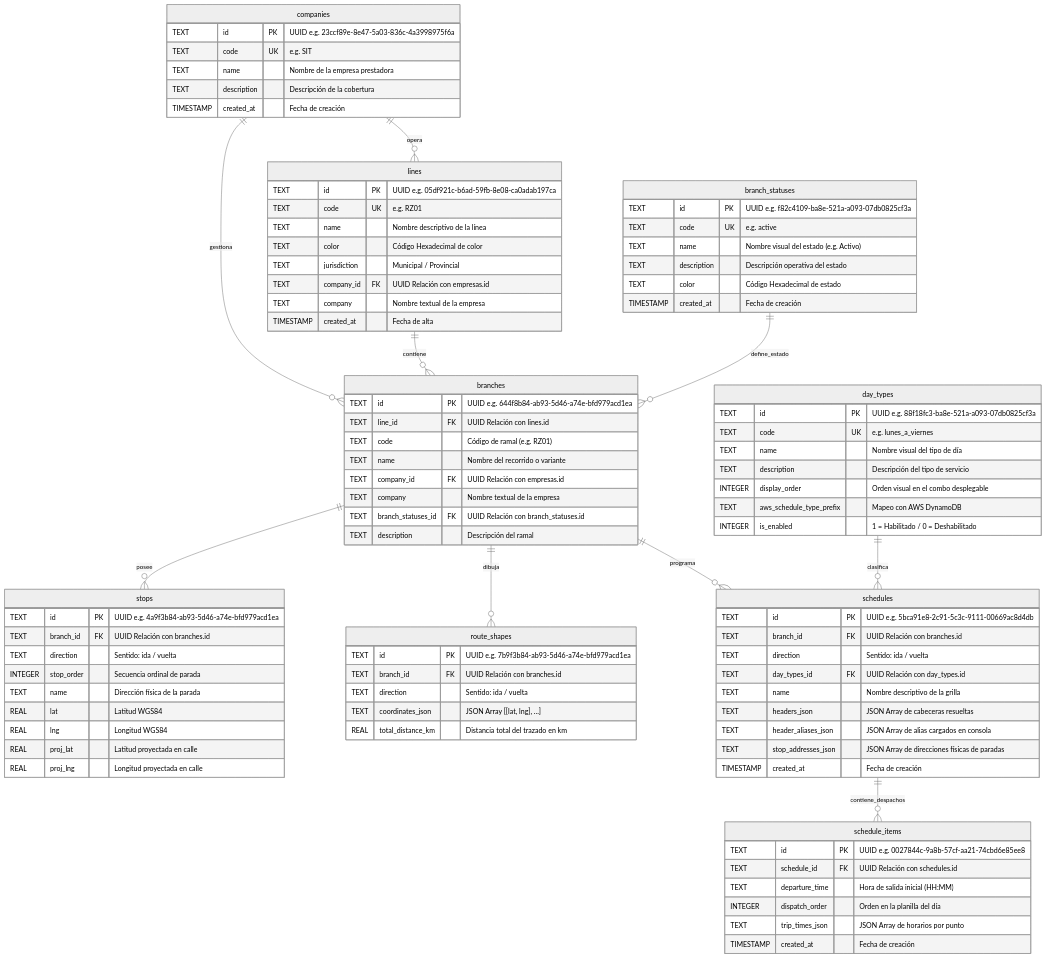
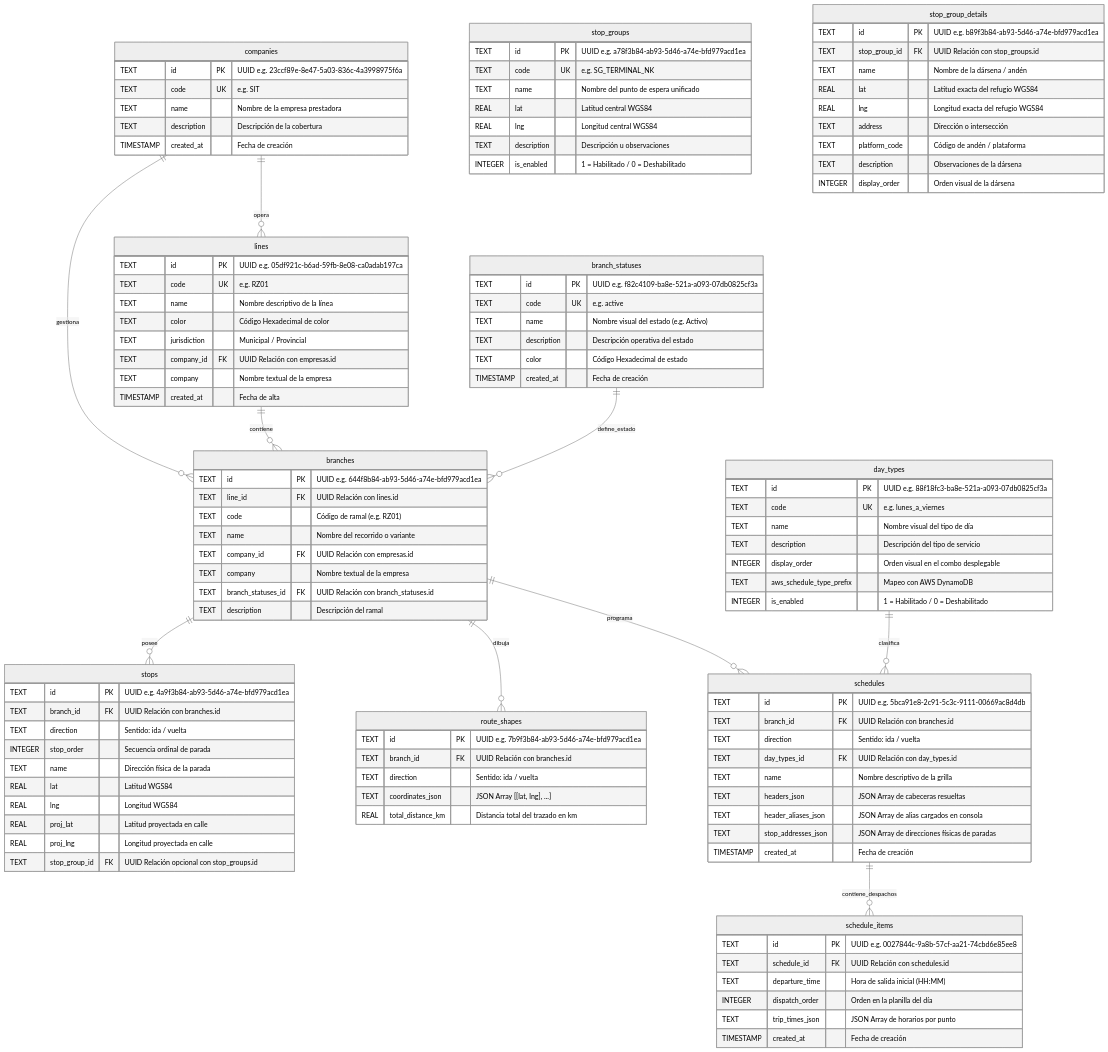
Before and after one commit to CollieHub/collie-mobility-transit-webpage-app-docs: the diagram in database/entity_relationship_diagram.mmd, drawn with Mermaid (neutral theme). The commit also changed 1 other file, not shown here.

Commit message:
docs(database): document stop_groups and stop_group_details tables

```diff
--- a/database/entity_relationship_diagram.mmd
+++ b/database/entity_relationship_diagram.mmd
@@ -1,100 +1,123 @@
 erDiagram
     companies ||--o{ lines : "opera"
     companies ||--o{ branches : "gestiona"
     lines ||--o{ branches : "contiene"
     branch_statuses ||--o{ branches : "define_estado"
     branches ||--o{ stops : "posee"
     branches ||--o{ route_shapes : "dibuja"
     branches ||--o{ schedules : "programa"
     day_types ||--o{ schedules : "clasifica"
     schedules ||--o{ schedule_items : "contiene_despachos"
 
     companies {
         TEXT id PK "UUID e.g. 23ccf89e-8e47-5a03-836c-4a3998975f6a"
         TEXT code UK "e.g. SIT"
         TEXT name "Nombre de la empresa prestadora"
         TEXT description "Descripción de la cobertura"
         TIMESTAMP created_at "Fecha de creación"
     }
 
     lines {
         TEXT id PK "UUID e.g. 05df921c-b6ad-59fb-8e08-ca0adab197ca"
         TEXT code UK "e.g. RZ01"
         TEXT name "Nombre descriptivo de la línea"
         TEXT color "Código Hexadecimal de color"
         TEXT jurisdiction "Municipal / Provincial"
         TEXT company_id FK "UUID Relación con empresas.id"
         TEXT company "Nombre textual de la empresa"
         TIMESTAMP created_at "Fecha de alta"
     }
 
     branch_statuses {
         TEXT id PK "UUID e.g. f82c4109-ba8e-521a-a093-07db0825cf3a"
         TEXT code UK "e.g. active"
         TEXT name "Nombre visual del estado (e.g. Activo)"
         TEXT description "Descripción operativa del estado"
         TEXT color "Código Hexadecimal de estado"
         TIMESTAMP created_at "Fecha de creación"
     }
 
     branches {
         TEXT id PK "UUID e.g. 644f8b84-ab93-5d46-a74e-bfd979acd1ea"
         TEXT line_id FK "UUID Relación con lines.id"
         TEXT code "Código de ramal (e.g. RZ01)"
         TEXT name "Nombre del recorrido o variante"
         TEXT company_id FK "UUID Relación con empresas.id"
         TEXT company "Nombre textual de la empresa"
         TEXT branch_statuses_id FK "UUID Relación con branch_statuses.id"
         TEXT description "Descripción del ramal"
     }
 
+    stop_groups {
+        TEXT id PK "UUID e.g. a78f3b84-ab93-5d46-a74e-bfd979acd1ea"
+        TEXT code UK "e.g. SG_TERMINAL_NK"
+        TEXT name "Nombre del punto de espera unificado"
+        REAL lat "Latitud central WGS84"
+        REAL lng "Longitud central WGS84"
+        TEXT description "Descripción u observaciones"
+        INTEGER is_enabled "1 = Habilitado / 0 = Deshabilitado"
+    }
+
+    stop_group_details {
+        TEXT id PK "UUID e.g. b89f3b84-ab93-5d46-a74e-bfd979acd1ea"
+        TEXT stop_group_id FK "UUID Relación con stop_groups.id"
+        TEXT name "Nombre de la dársena / andén"
+        REAL lat "Latitud exacta del refugio WGS84"
+        REAL lng "Longitud exacta del refugio WGS84"
+        TEXT address "Dirección o intersección"
+        TEXT platform_code "Código de andén / plataforma"
+        TEXT description "Observaciones de la dársena"
+        INTEGER display_order "Orden visual de la dársena"
+    }
+
     stops {
         TEXT id PK "UUID e.g. 4a9f3b84-ab93-5d46-a74e-bfd979acd1ea"
         TEXT branch_id FK "UUID Relación con branches.id"
         TEXT direction "Sentido: ida / vuelta"
         INTEGER stop_order "Secuencia ordinal de parada"
         TEXT name "Dirección física de la parada"
         REAL lat "Latitud WGS84"
         REAL lng "Longitud WGS84"
         REAL proj_lat "Latitud proyectada en calle"
         REAL proj_lng "Longitud proyectada en calle"
+        TEXT stop_group_id FK "UUID Relación opcional con stop_groups.id"
     }
 
     route_shapes {
         TEXT id PK "UUID e.g. 7b9f3b84-ab93-5d46-a74e-bfd979acd1ea"
         TEXT branch_id FK "UUID Relación con branches.id"
         TEXT direction "Sentido: ida / vuelta"
         TEXT coordinates_json "JSON Array [[lat, lng], ...]"
         REAL total_distance_km "Distancia total del trazado en km"
     }
 
     day_types {
         TEXT id PK "UUID e.g. 88f18fc3-ba8e-521a-a093-07db0825cf3a"
         TEXT code UK "e.g. lunes_a_viernes"
         TEXT name "Nombre visual del tipo de día"
         TEXT description "Descripción del tipo de servicio"
         INTEGER display_order "Orden visual en el combo desplegable"
         TEXT aws_schedule_type_prefix "Mapeo con AWS DynamoDB"
         INTEGER is_enabled "1 = Habilitado / 0 = Deshabilitado"
     }
 
     schedules {
         TEXT id PK "UUID e.g. 5bca91e8-2c91-5c3c-9111-00669ac8d4db"
         TEXT branch_id FK "UUID Relación con branches.id"
         TEXT direction "Sentido: ida / vuelta"
         TEXT day_types_id FK "UUID Relación con day_types.id"
         TEXT name "Nombre descriptivo de la grilla"
         TEXT headers_json "JSON Array de cabeceras resueltas"
         TEXT header_aliases_json "JSON Array de alias cargados en consola"
         TEXT stop_addresses_json "JSON Array de direcciones físicas de paradas"
         TIMESTAMP created_at "Fecha de creación"
     }
 
     schedule_items {
         TEXT id PK "UUID e.g. 0027844c-9a8b-57cf-aa21-74cbd6e85ee8"
         TEXT schedule_id FK "UUID Relación con schedules.id"
         TEXT departure_time "Hora de salida inicial (HH:MM)"
         INTEGER dispatch_order "Orden en la planilla del día"
         TEXT trip_times_json "JSON Array de horarios por punto"
         TIMESTAMP created_at "Fecha de creación"
     }
```
